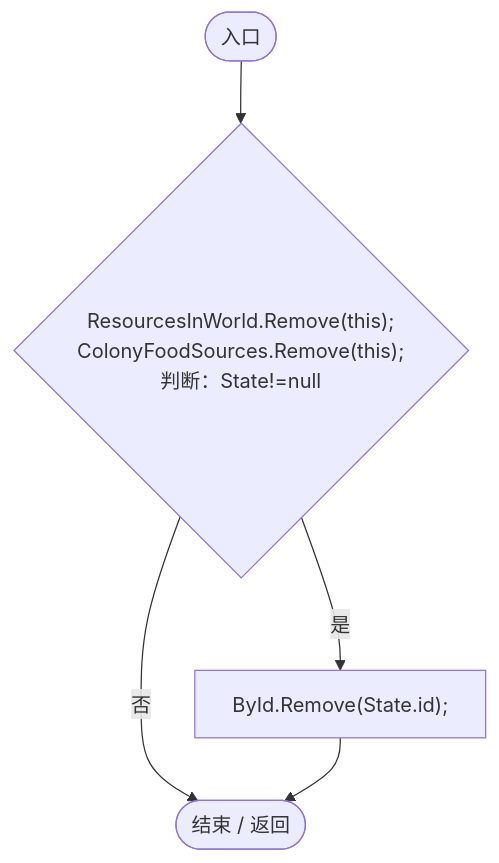
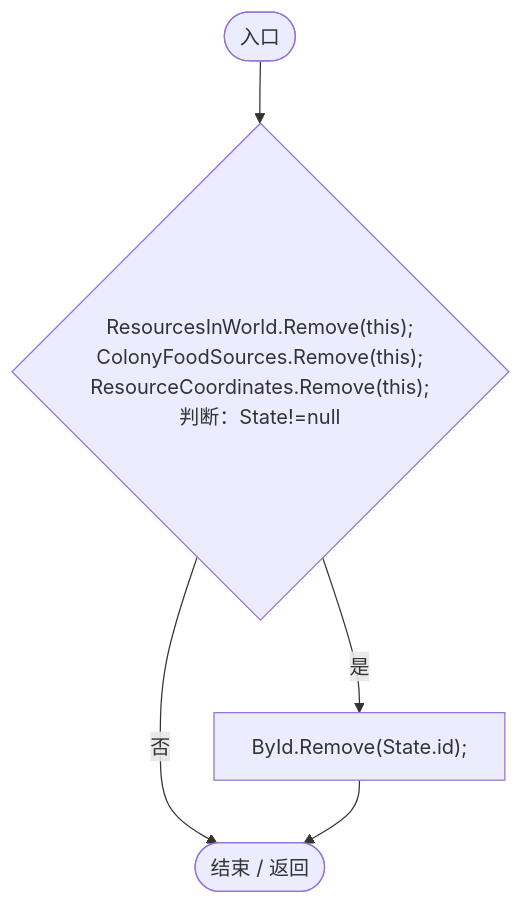
Before and after one commit to xhs6666/Darwin_paradise: the eighth of 20 diagrams in Docs/运行流程图/脚本/293dbaecfff4b585.md, drawn with Mermaid. The commit also changed other lines of this file and 233 other files, not shown here.

````diff
--- a/Docs/运行流程图/脚本/293dbaecfff4b585.md
+++ b/Docs/运行流程图/脚本/293dbaecfff4b585.md
@@ -207,12 +208,12 @@
 ```mermaid
 flowchart TD
   b0(["入口"])
-  b1{"ResourcesInWorld.Remove(this);<br/>ColonyFoodSources.Remove(this);<br/>判断：State!=null"}
+  b1{"ResourcesInWorld.Remove(this);<br/>ColonyFoodSources.Remove(this);<br/>ResourceCoordinates.Remove(this);<br/>判断：State!=null"}
   b2["ById.Remove(State.id);"]
   b3(["结束 / 返回"])
   b0 --> b1
   b1 -->|"是"| b2
   b1 -->|"否"| b3
   b2 --> b3
 
 ```
````
